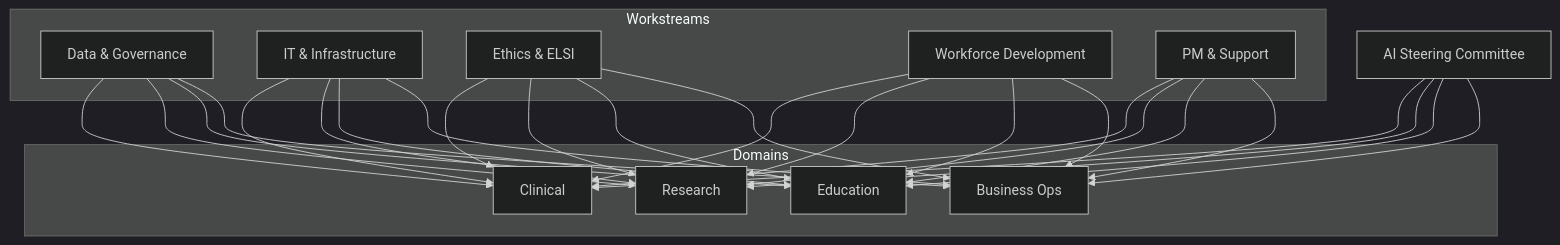
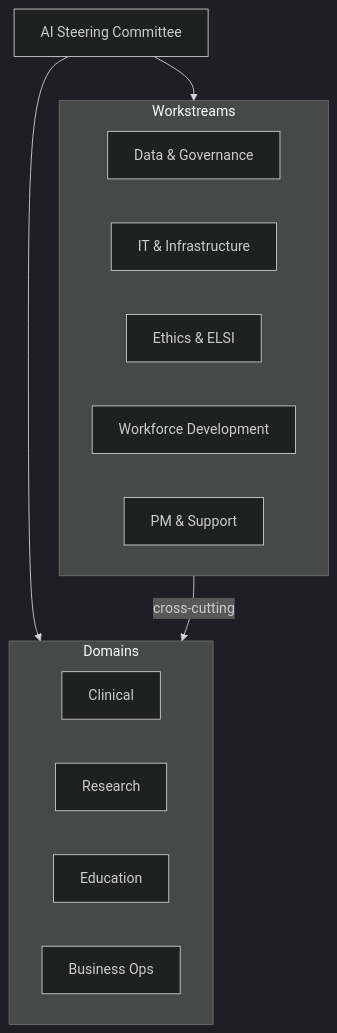
Before and after one commit to seandavi/campus-llm-kb: the diagram in framework.qmd, drawn with Mermaid (dark theme).

Commit message:
Fix framework.qmd Mermaid diagram causing first-pass render hang
Replace graph TD (dagre-d3) with flowchart TD and collapse 20 explicit
cross-subgraph node edges into 3 subgraph-level edges. The original
W1&W2&W3&W4&W5 --> D1 pattern (repeated 4 times) triggered quadratic
layout behavior in dagre's subgraph boundary algorithm, causing the
Chromium/mermaid.js render to hang on the first pass. Second passes
succeeded only because Quarto reused the cached SVG from _freeze/.

````diff
--- a/framework.qmd
+++ b/framework.qmd
@@ -129,26 +129,25 @@
 ```{mermaid}
 %%| label: fig-framework-architecture
 %%| fig-cap: "The AMC AI governance framework. Domains (columns) maintain semi-independent deployment authority. Workstreams (rows) are shared capabilities governed centrally. The AISC provides portfolio oversight and accountability above both dimensions."
-graph TD
-    AISC[AI Steering Committee] --> D1 & D2 & D3 & D4
+flowchart TD
+    AISC[AI Steering Committee]
 
-    subgraph Domains
+    subgraph Domains[Domains]
         D1[Clinical]
         D2[Research]
         D3[Education]
         D4[Business Ops]
     end
 
-    subgraph Workstreams
+    subgraph Workstreams[Workstreams]
         W1[Data & Governance]
         W2[IT & Infrastructure]
         W3[Ethics & ELSI]
         W4[Workforce Development]
         W5[PM & Support]
     end
 
-    W1 & W2 & W3 & W4 & W5 --> D1
-    W1 & W2 & W3 & W4 & W5 --> D2
-    W1 & W2 & W3 & W4 & W5 --> D3
-    W1 & W2 & W3 & W4 & W5 --> D4
+    AISC --> Domains
+    AISC --> Workstreams
+    Workstreams -->|cross-cutting| Domains
 ```
````
